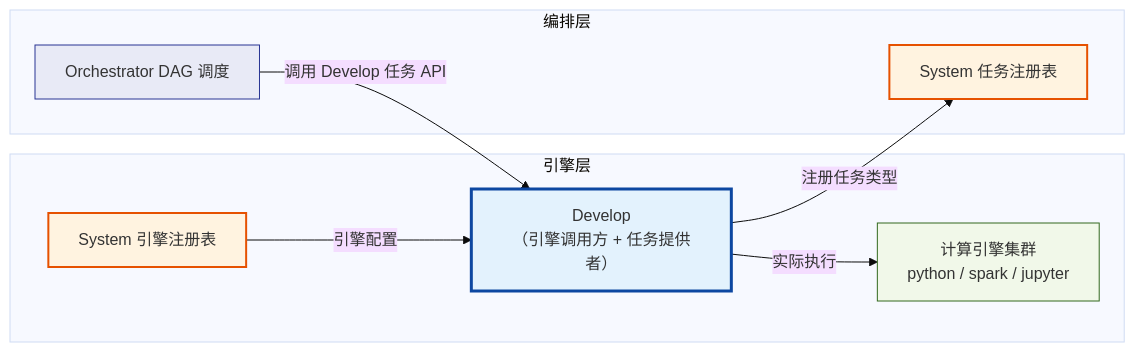
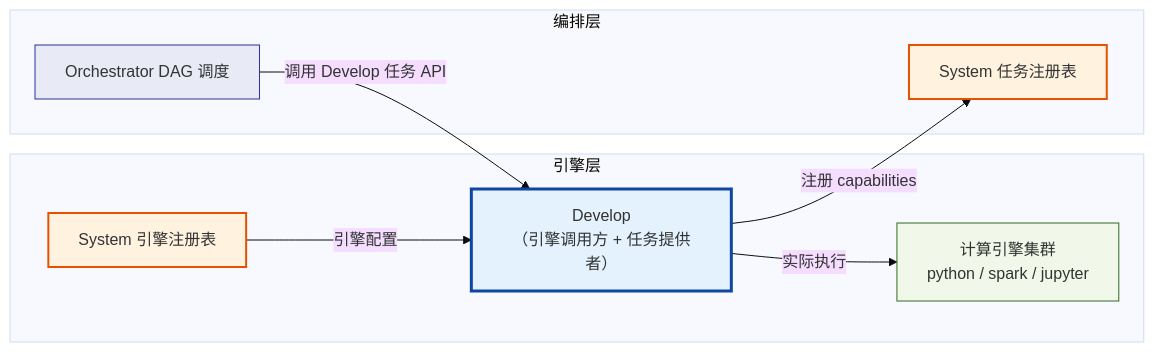
Diagram 12 of 12 in docs/concepts/addp模块架构图.md (pampa0629/addp), drawn with Mermaid (base theme) before and after one commit. The commit also changed other lines of this file and 402 other files, not shown here.

````diff
--- a/docs/concepts/addp模块架构图.md
+++ b/docs/concepts/addp模块架构图.md
@@ -771,28 +771,28 @@
 ```mermaid
 graph LR
     subgraph "引擎层"
         System_E["System 引擎注册表"]
         Engines["计算引擎集群<br/>python / spark / jupyter"]
         System_E -->|"引擎配置"| Develop
         Develop -->|"实际执行"| Engines
     end
 
     subgraph "编排层"
         System_T["System 任务注册表"]
         Orchestrator["Orchestrator DAG 调度"]
-        Develop -->|"注册任务类型"| System_T
+        Develop -->|"注册 capabilities"| System_T
         Orchestrator -->|"调用 Develop 任务 API"| Develop
     end
 
     Develop["Develop<br/>（引擎调用方 + 任务提供者）"]
 
     classDef system fill:#fff3e0,stroke:#e65100,stroke-width:2px
     classDef develop fill:#e3f2fd,stroke:#0d47a1,stroke-width:3px
     classDef engine fill:#f1f8e9,stroke:#33691e
     classDef orch fill:#e8eaf6,stroke:#283593
 
     class System_E,System_T system
     class Develop develop
     class Engines engine
     class Orchestrator orch
 ```
````
